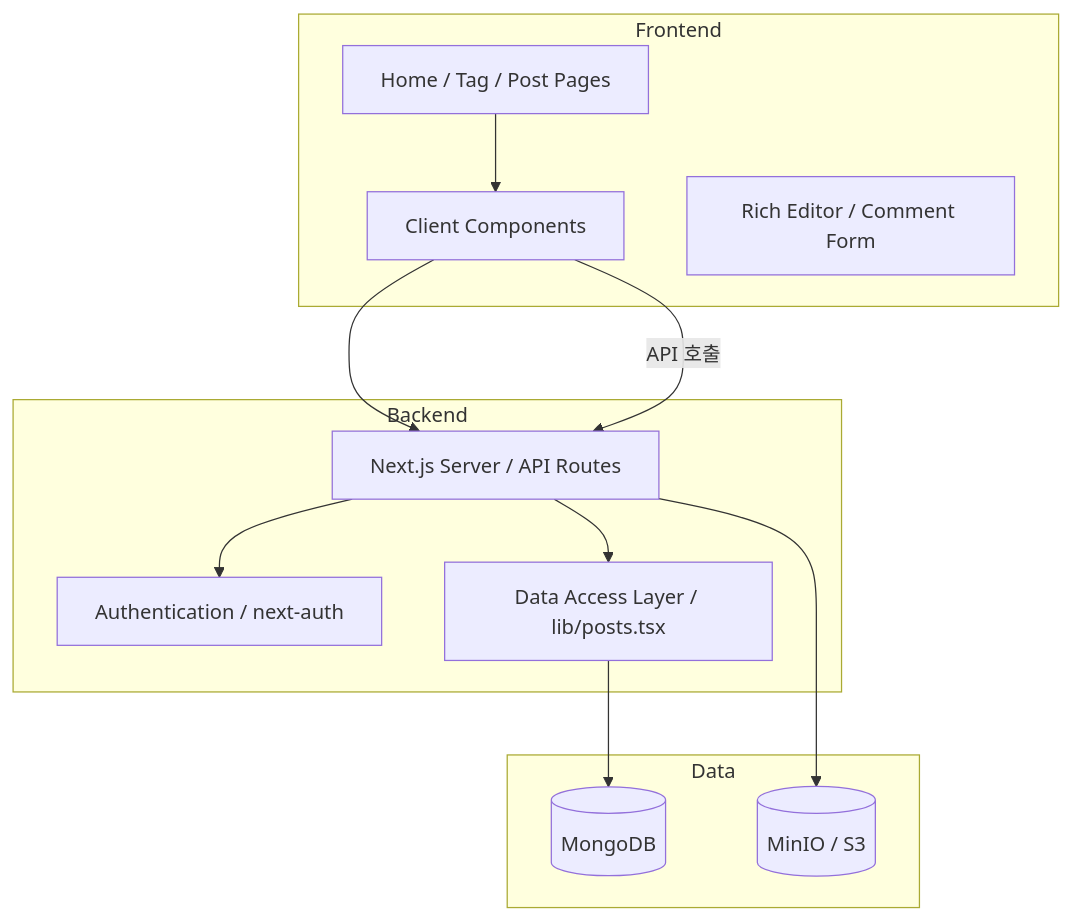
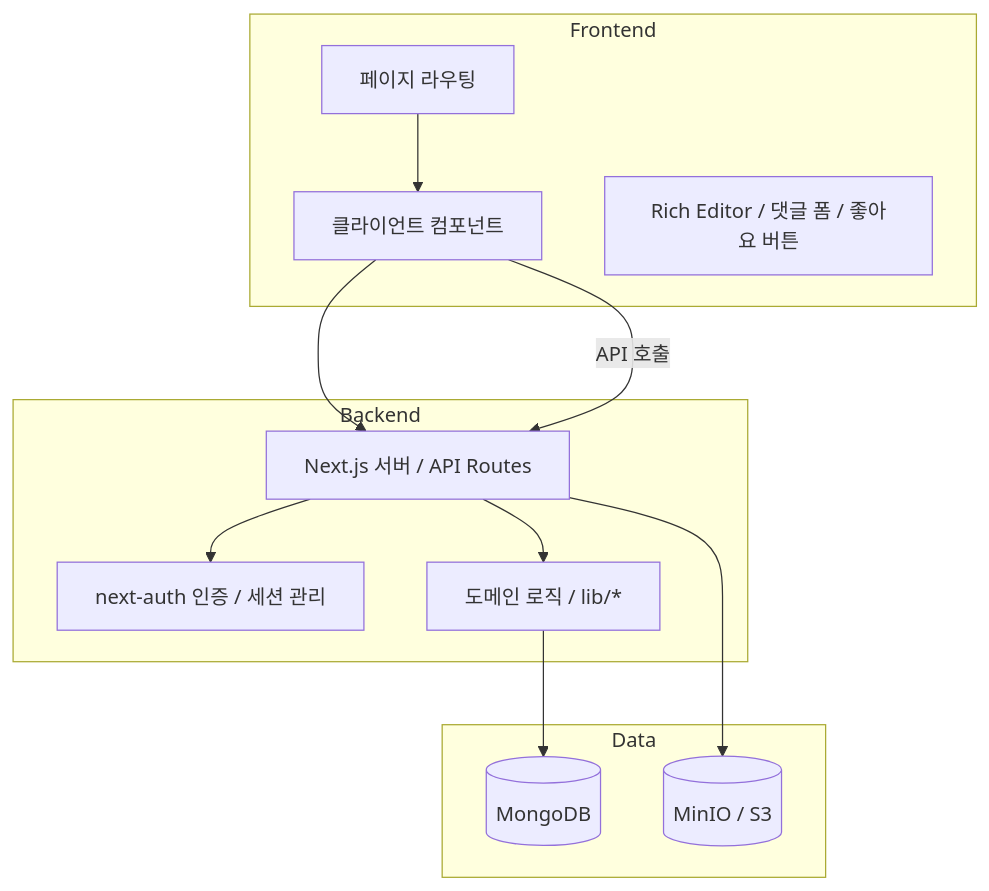
One commit to seungrye/slowmade-duckdns-org changed the second of 2 diagrams in docs/architecture.md. Above: the diagram before and after it, drawn with Mermaid. The commit also changed other lines of this file and 2 other files, not shown here.

````diff
--- a/docs/architecture.md
+++ b/docs/architecture.md
@@ -29,27 +33,27 @@
 ```mermaid
 flowchart TB
   subgraph Frontend
-    A[Home / Tag / Post Pages]
-    B[Client Components]
-    C[Rich Editor / Comment Form]
+    A[페이지 라우팅]
+    B[클라이언트 컴포넌트]
+    C[Rich Editor / 댓글 폼 / 좋아요 버튼]
   end
 
   subgraph Backend
-    D[Next.js Server / API Routes]
-    E[Authentication / next-auth]
-    F[Data Access Layer / lib/posts.tsx]
+    D[Next.js 서버 / API Routes]
+    E[next-auth 인증 / 세션 관리]
+    F[도메인 로직 / lib/*]
   end
 
   subgraph Data
     G[(MongoDB)]
     H[(MinIO / S3)]
   end
 
   A --> B
   B --> D
   D --> E
   D --> F
   F --> G
   D --> H
   B -->|API 호출| D
 ```
````
